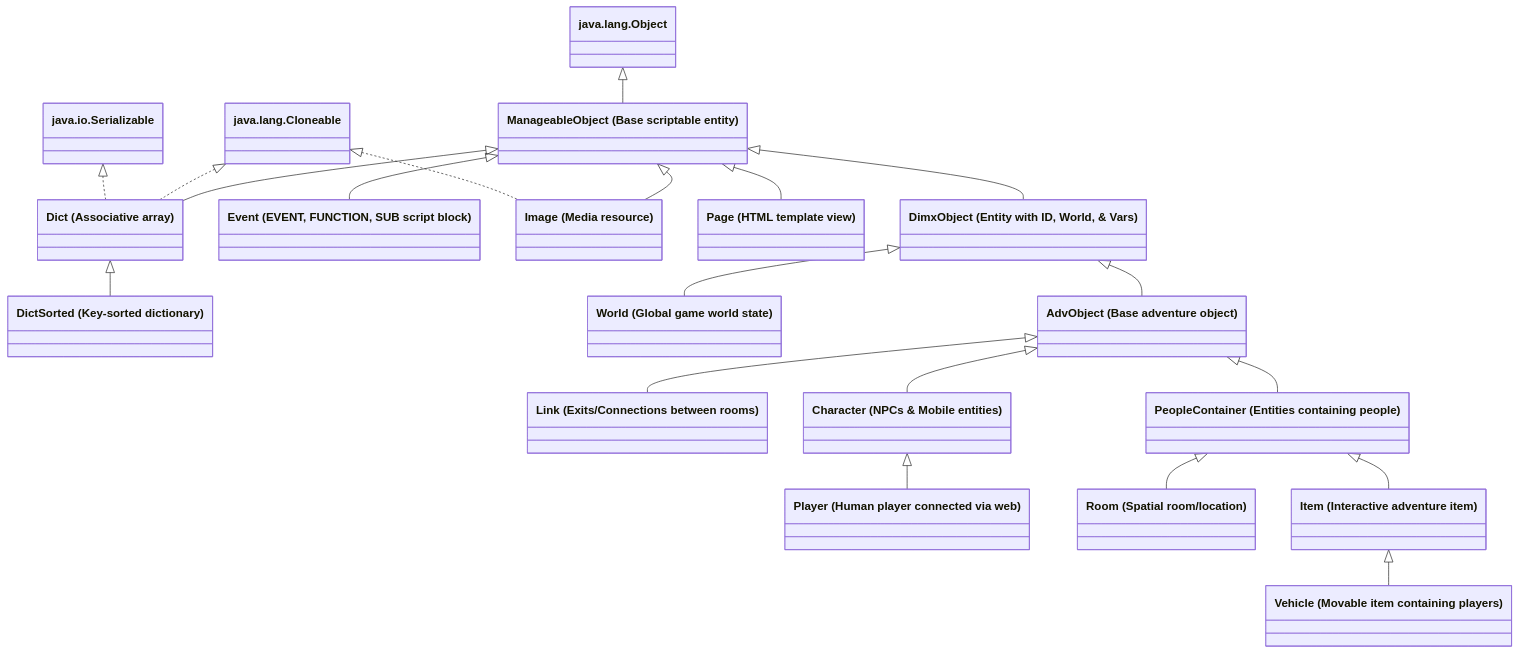
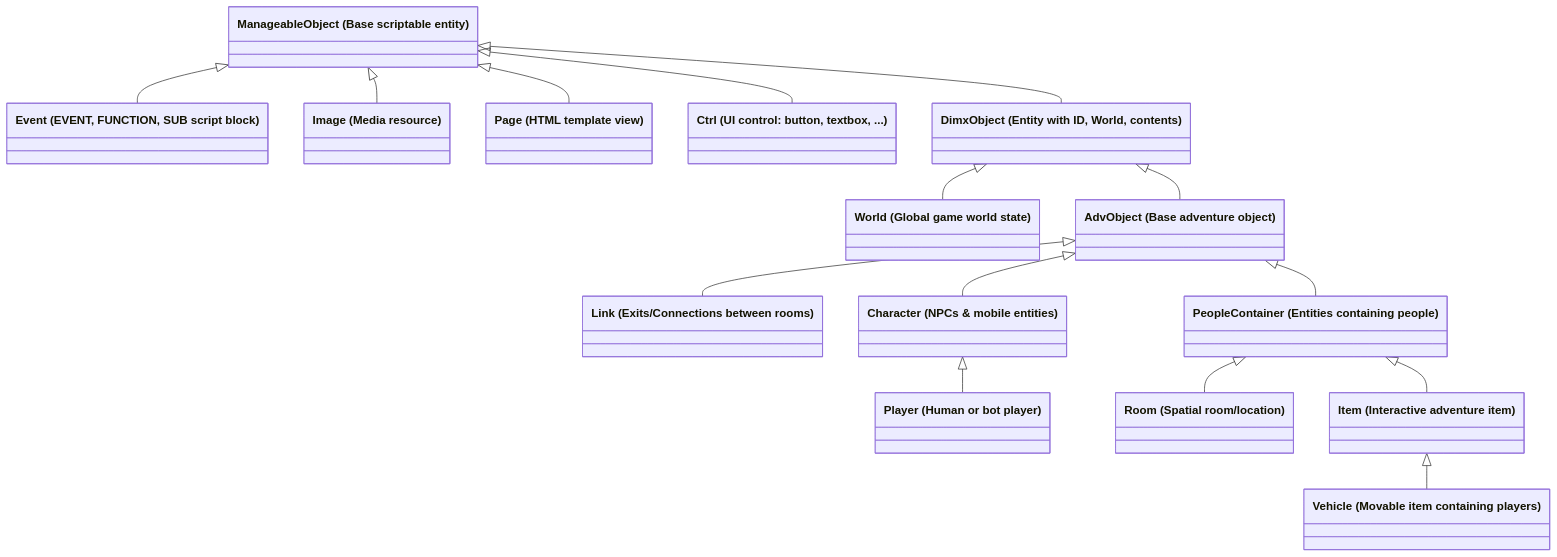
One commit to cleoni/dimya changed the first of 5 diagrams in docs/CLASS_HIERARCHY.md. Above: the diagram before and after it, drawn with Mermaid. The commit also changed other lines of this file and 3 other files, not shown here.

````diff
--- a/docs/CLASS_HIERARCHY.md
+++ b/docs/CLASS_HIERARCHY.md
@@ -13,50 +13,35 @@
 ```mermaid
 classDiagram
     direction TB
 
-    class Object["java.lang.Object"]
-    class Cloneable["java.lang.Cloneable"]
-    class Serializable["java.io.Serializable"]
-
     class ManageableObject["ManageableObject (Base scriptable entity)"]
-    class Dict["Dict (Associative array)"]
-    class DictSorted["DictSorted (Key-sorted dictionary)"]
     class Event["Event (EVENT, FUNCTION, SUB script block)"]
     class Image["Image (Media resource)"]
     class Page["Page (HTML template view)"]
-    class DimxObject["DimxObject (Entity with ID, World, & Vars)"]
+    class Ctrl["Ctrl (UI control: button, textbox, ...)"]
+    class DimxObject["DimxObject (Entity with ID, World, contents)"]
     class World["World (Global game world state)"]
     class AdvObject["AdvObject (Base adventure object)"]
     class Link["Link (Exits/Connections between rooms)"]
-    class Character["Character (NPCs & Mobile entities)"]
-    class Player["Player (Human player connected via web)"]
+    class Character["Character (NPCs & mobile entities)"]
+    class Player["Player (Human or bot player)"]
     class PeopleContainer["PeopleContainer (Entities containing people)"]
     class Room["Room (Spatial room/location)"]
     class Item["Item (Interactive adventure item)"]
     class Vehicle["Vehicle (Movable item containing players)"]
 
-    Object <|-- ManageableObject
-
-    ManageableObject <|-- Dict
-    Cloneable <|.. Dict
-    Serializable <|.. Dict
-    Dict <|-- DictSorted
-
     ManageableObject <|-- Event
     ManageableObject <|-- Image
-    Cloneable <|.. Image
     ManageableObject <|-- Page
-
+    ManageableObject <|-- Ctrl
     ManageableObject <|-- DimxObject
     DimxObject <|-- World
     DimxObject <|-- AdvObject
-
     AdvObject <|-- Link
     AdvObject <|-- Character
     Character <|-- Player
-
     AdvObject <|-- PeopleContainer
     PeopleContainer <|-- Room
     PeopleContainer <|-- Item
     Item <|-- Vehicle
 ```
````
